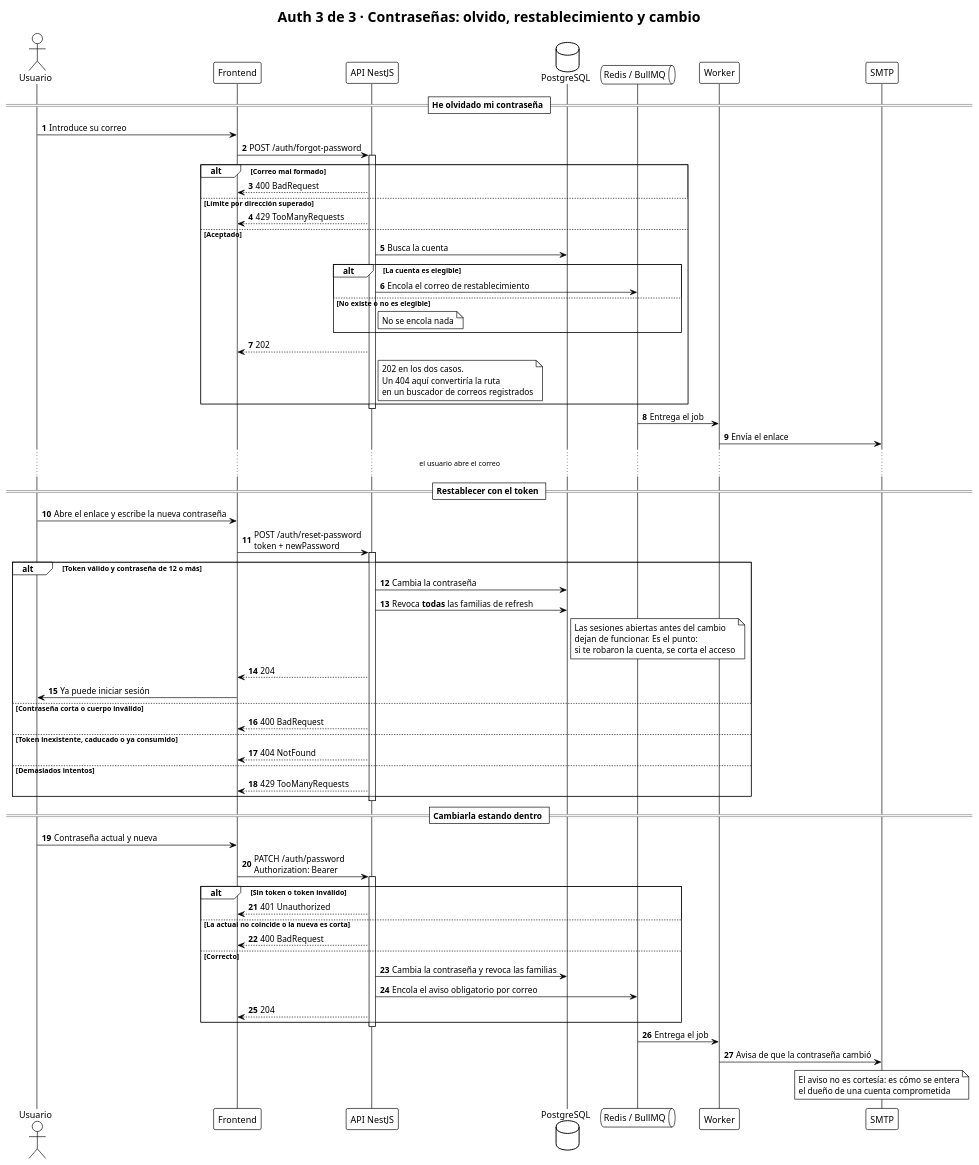
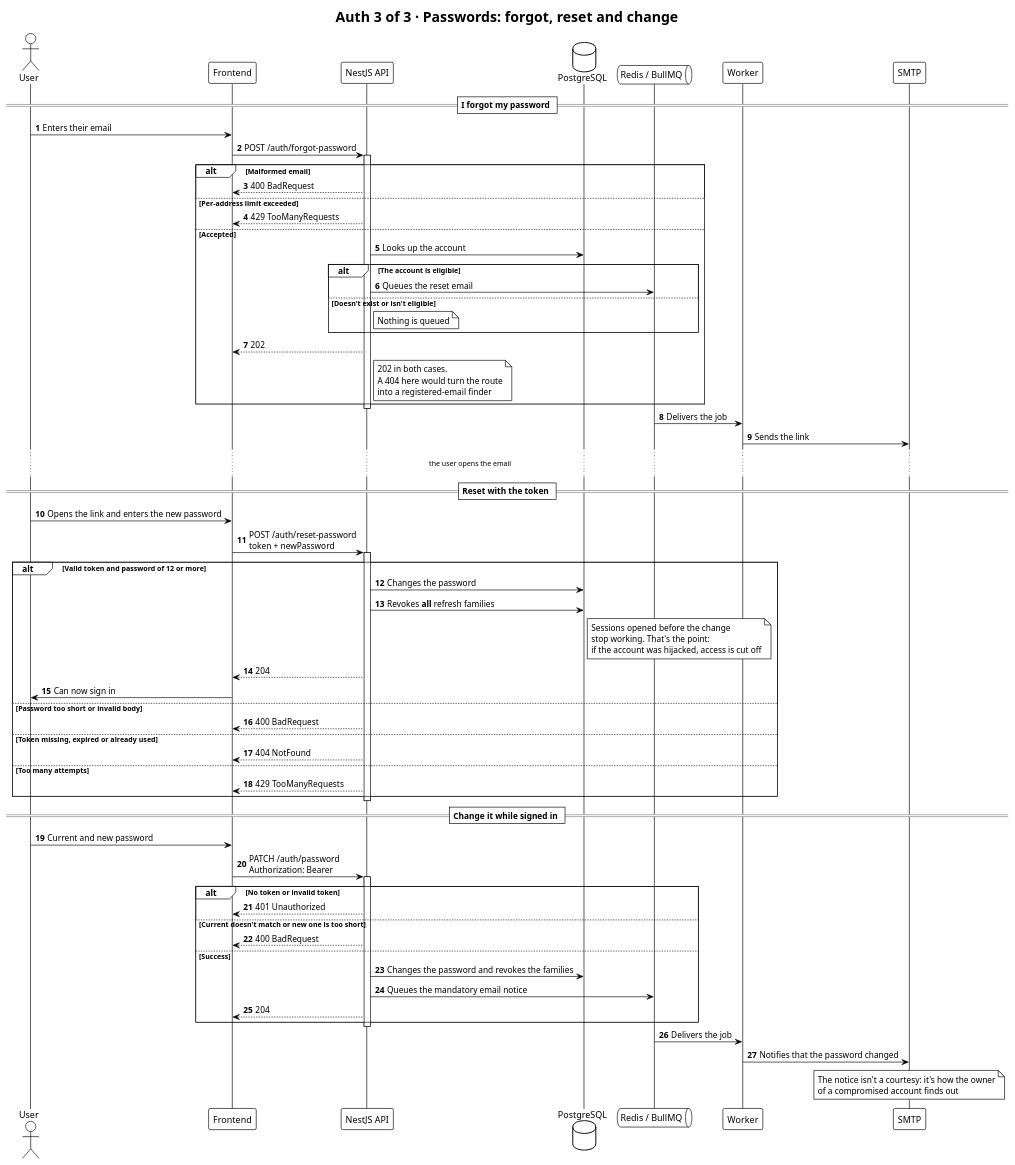
Before and after one commit to fabianespinoza-ravn/tshirt-store-api: the diagram in docs/flows/03-auth-passwords.puml, drawn with PlantUML. The commit also changed 10 other files, not shown here.

First line of the commit message:
docs(flows): translate PlantUML diagram content to English

```diff
--- a/docs/flows/03-auth-passwords.puml
+++ b/docs/flows/03-auth-passwords.puml
@@ -1,76 +1,76 @@
 @startuml
 !theme plain
-title Auth 3 de 3 · Contraseñas: olvido, restablecimiento y cambio
+title Auth 3 of 3 · Passwords: forgot, reset and change
 autonumber
 skinparam responseMessageBelowArrow true
 
-actor "Usuario" as U
+actor "User" as U
 participant "Frontend" as F
-participant "API NestJS" as A
+participant "NestJS API" as A
 database "PostgreSQL" as DB
 queue "Redis / BullMQ" as Q
 participant "Worker" as W
 participant "SMTP" as M
 
-== He olvidado mi contraseña ==
-U -> F : Introduce su correo
+== I forgot my password ==
+U -> F : Enters their email
 F -> A : POST /auth/forgot-password
 activate A
-alt Correo mal formado
+alt Malformed email
   A --> F : 400 BadRequest
-else Límite por dirección superado
+else Per-address limit exceeded
   A --> F : 429 TooManyRequests
-else Aceptado
-  A -> DB : Busca la cuenta
-  alt La cuenta es elegible
-    A -> Q : Encola el correo de restablecimiento
-  else No existe o no es elegible
-    note right of A : No se encola nada
+else Accepted
+  A -> DB : Looks up the account
+  alt The account is eligible
+    A -> Q : Queues the reset email
+  else Doesn't exist or isn't eligible
+    note right of A : Nothing is queued
   end
   A --> F : 202
-  note right of A : 202 en los dos casos.\nUn 404 aquí convertiría la ruta\nen un buscador de correos registrados
+  note right of A : 202 in both cases.\nA 404 here would turn the route\ninto a registered-email finder
 end
 deactivate A
-Q -> W : Entrega el job
-W -> M : Envía el enlace
+Q -> W : Delivers the job
+W -> M : Sends the link
 
-... el usuario abre el correo ...
+... the user opens the email ...
 
-== Restablecer con el token ==
-U -> F : Abre el enlace y escribe la nueva contraseña
+== Reset with the token ==
+U -> F : Opens the link and enters the new password
 F -> A : POST /auth/reset-password\ntoken + newPassword
 activate A
-alt Token válido y contraseña de 12 o más
-  A -> DB : Cambia la contraseña
-  A -> DB : Revoca **todas** las familias de refresh
-  note right of DB : Las sesiones abiertas antes del cambio\ndejan de funcionar. Es el punto:\nsi te robaron la cuenta, se corta el acceso
+alt Valid token and password of 12 or more
+  A -> DB : Changes the password
+  A -> DB : Revokes **all** refresh families
+  note right of DB : Sessions opened before the change\nstop working. That's the point:\nif the account was hijacked, access is cut off
   A --> F : 204
-  F -> U : Ya puede iniciar sesión
-else Contraseña corta o cuerpo inválido
+  F -> U : Can now sign in
+else Password too short or invalid body
   A --> F : 400 BadRequest
-else Token inexistente, caducado o ya consumido
+else Token missing, expired or already used
   A --> F : 404 NotFound
-else Demasiados intentos
+else Too many attempts
   A --> F : 429 TooManyRequests
 end
 deactivate A
 
-== Cambiarla estando dentro ==
-U -> F : Contraseña actual y nueva
+== Change it while signed in ==
+U -> F : Current and new password
 F -> A : PATCH /auth/password\nAuthorization: Bearer
 activate A
-alt Sin token o token inválido
+alt No token or invalid token
   A --> F : 401 Unauthorized
-else La actual no coincide o la nueva es corta
+else Current doesn't match or new one is too short
   A --> F : 400 BadRequest
-else Correcto
-  A -> DB : Cambia la contraseña y revoca las familias
-  A -> Q : Encola el aviso obligatorio por correo
+else Success
+  A -> DB : Changes the password and revokes the families
+  A -> Q : Queues the mandatory email notice
   A --> F : 204
 end
 deactivate A
-Q -> W : Entrega el job
-W -> M : Avisa de que la contraseña cambió
-note over M : El aviso no es cortesía: es cómo se entera\nel dueño de una cuenta comprometida
+Q -> W : Delivers the job
+W -> M : Notifies that the password changed
+note over M : The notice isn't a courtesy: it's how the owner\nof a compromised account finds out
 
 @enduml
```
